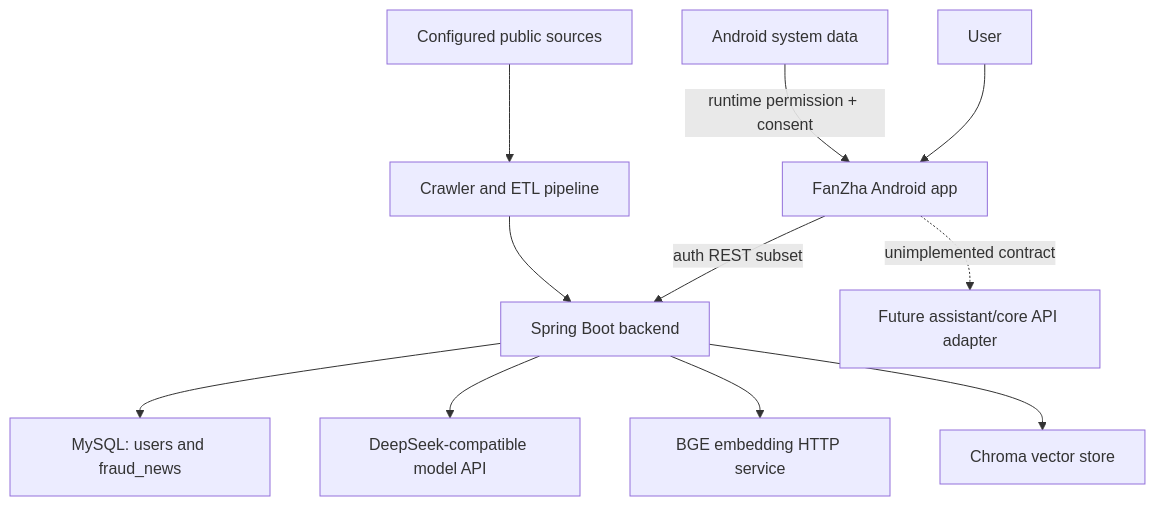
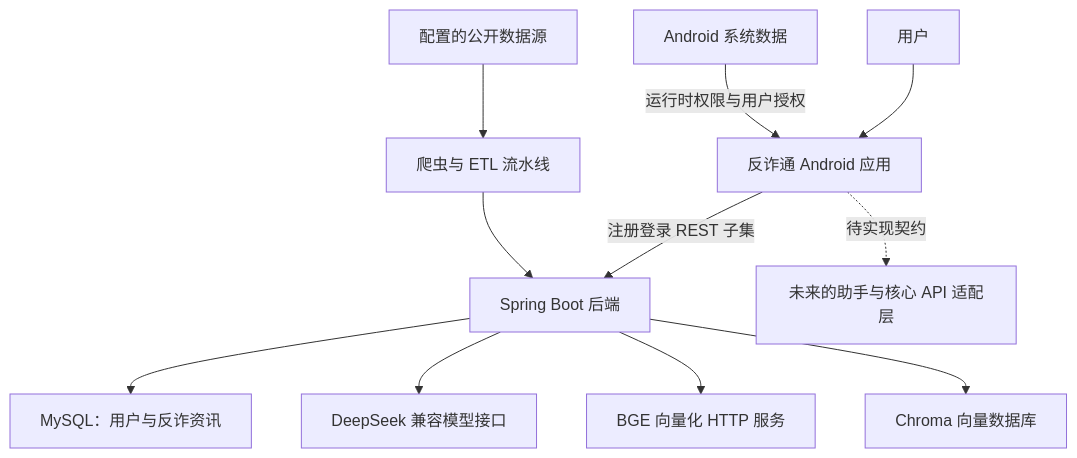
One commit to MagicVVu/FanZha changed the first of 2 diagrams in docs/architecture.md. Above: the diagram before and after it, drawn with Mermaid. The commit also changed other lines of this file and 17 other files, not shown here.

````diff
--- a/docs/architecture.md
+++ b/docs/architecture.md
@@ -11,13 +11,13 @@
 ```mermaid
 flowchart TB
-    USER["User"] --> APP["FanZha Android app"]
-    DEVICE["Android system data"] -->|"runtime permission + consent"| APP
-    APP -->|"auth REST subset"| API["Spring Boot backend"]
-    APP -. "unimplemented contract" .-> ADAPTER["Future assistant/core API adapter"]
-    API --> MYSQL["MySQL: users and fraud_news"]
-    API --> MODEL["DeepSeek-compatible model API"]
-    API --> EMBED["BGE embedding HTTP service"]
-    API --> CHROMA["Chroma vector store"]
-    CRAWL["Configured public sources"] --> ETL["Crawler and ETL pipeline"]
+    USER["用户"] --> APP["反诈通 Android 应用"]
+    DEVICE["Android 系统数据"] -->|"运行时权限与用户授权"| APP
+    APP -->|"注册登录 REST 子集"| API["Spring Boot 后端"]
+    APP -. "待实现契约" .-> ADAPTER["未来的助手与核心 API 适配层"]
+    API --> MYSQL["MySQL：用户与反诈资讯"]
+    API --> MODEL["DeepSeek 兼容模型接口"]
+    API --> EMBED["BGE 向量化 HTTP 服务"]
+    API --> CHROMA["Chroma 向量数据库"]
+    CRAWL["配置的公开数据源"] --> ETL["爬虫与 ETL 流水线"]
     ETL --> API
 ```
````
